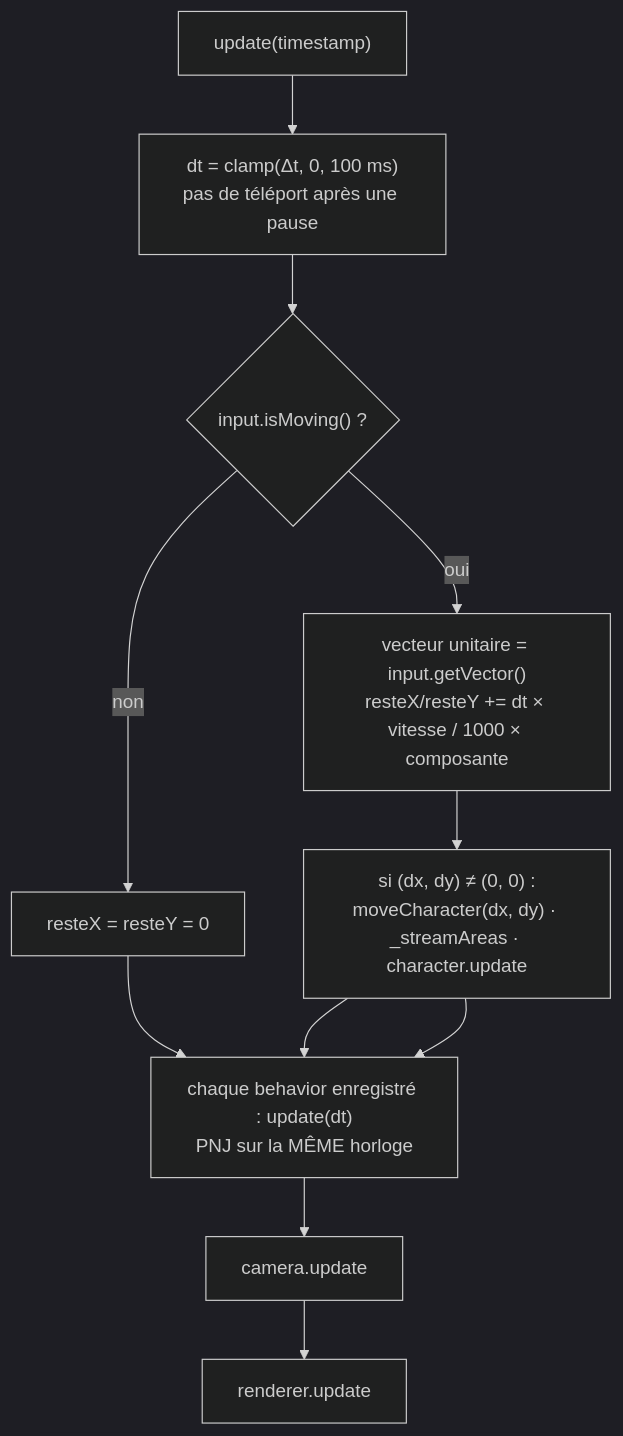
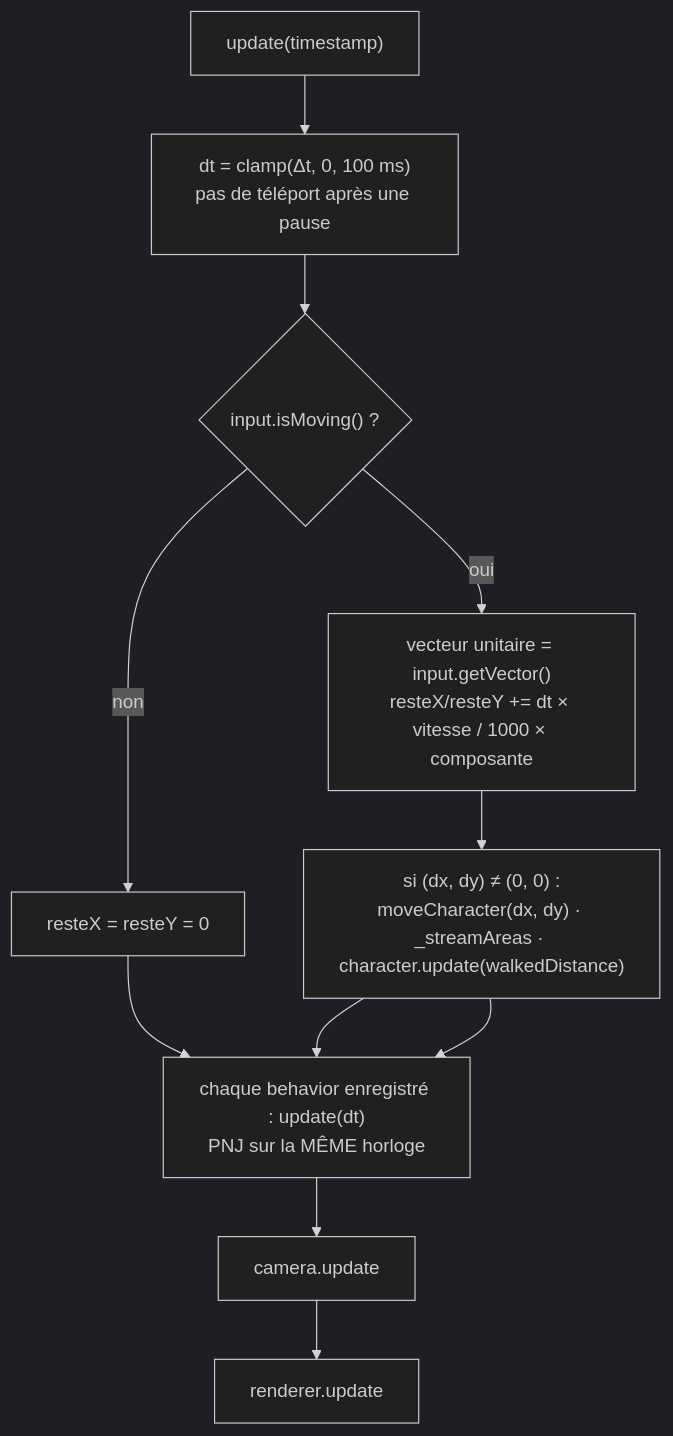
The first of 3 diagrams in meta/documentation/engine.md (deljdlx/dc-container-kingdom), drawn with Mermaid (dark theme) before and after one commit. The commit also changed other lines of this file and 1 other file, not shown here.

````diff
--- a/meta/documentation/engine.md
+++ b/meta/documentation/engine.md
@@ -55,13 +55,13 @@
 ```mermaid
 flowchart TD
     U["update(timestamp)"] --> DT["dt = clamp(Δt, 0, 100 ms)<br/>pas de téléport après une pause"]
     DT --> Q{"input.isMoving() ?"}
     Q -->|oui| ACC["vecteur unitaire = input.getVector()<br/>resteX/resteY += dt × vitesse / 1000 × composante"]
     Q -->|non| RST["resteX = resteY = 0"]
-    ACC --> MC["si (dx, dy) ≠ (0, 0) :<br/>moveCharacter(dx, dy) · _streamAreas · character.update"]
+    ACC --> MC["si (dx, dy) ≠ (0, 0) :<br/>moveCharacter(dx, dy) · _streamAreas · character.update(walkedDistance)"]
     RST --> B
     MC --> B
     MC --> B["chaque behavior enregistré : update(dt)<br/>PNJ sur la MÊME horloge"]
     B --> C["camera.update"]
     C --> R["renderer.update"]
 ```
````
